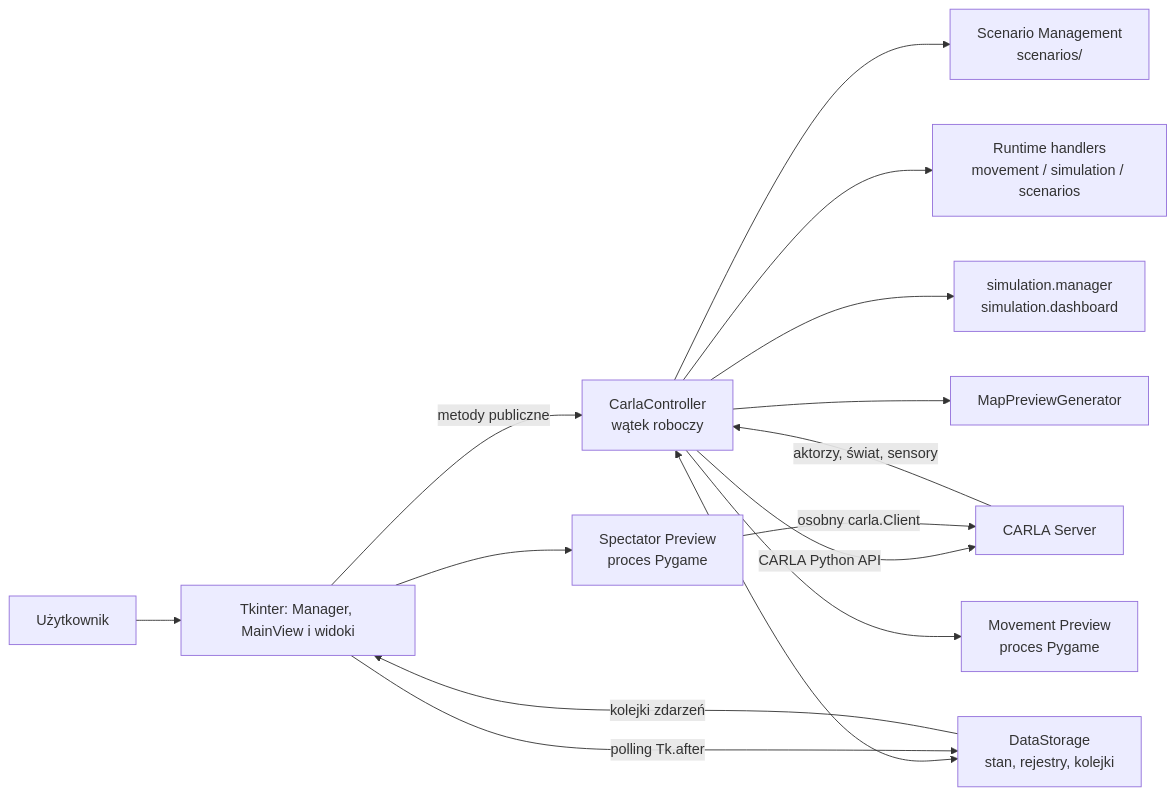
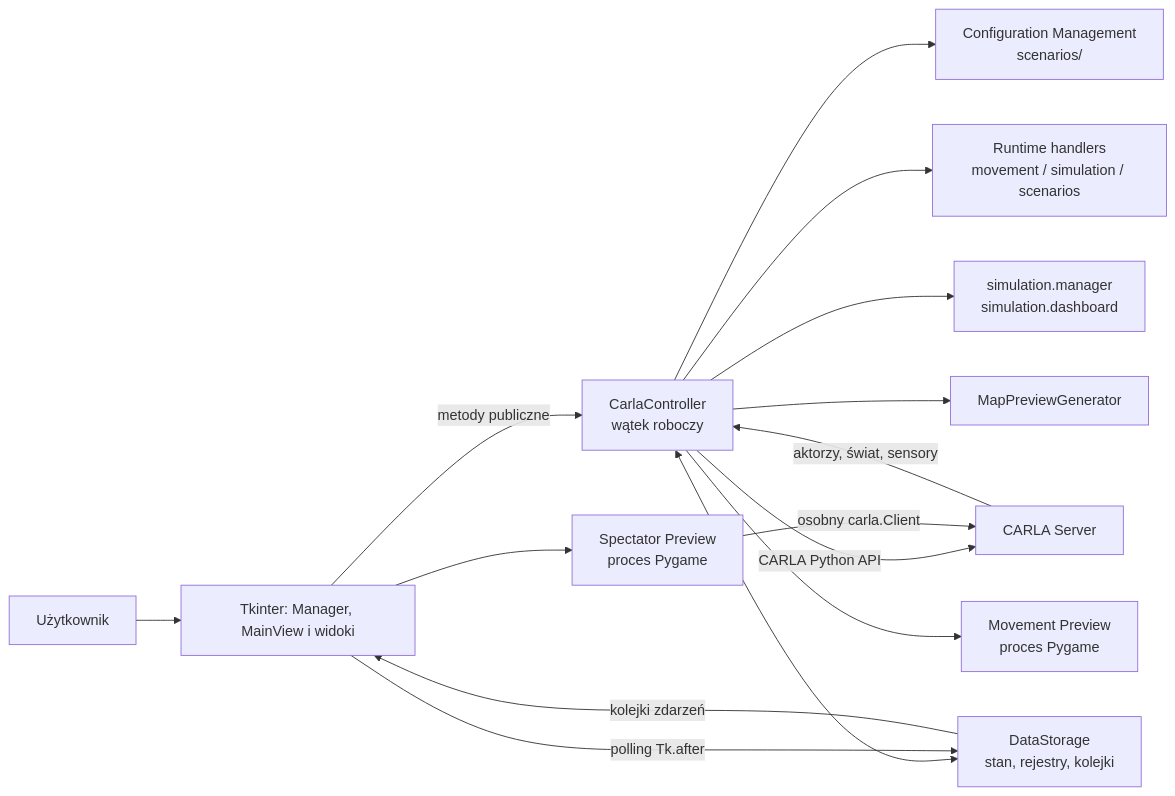
One commit to TMLMarJ/CARLA_SIMULATOR_MANAGER changed the diagram in docs/architecture/OVERVIEW.md. Above: the diagram before and after it, drawn with Mermaid. The commit also changed other lines of this file and 49 other files, not shown here.

````diff
--- a/docs/architecture/OVERVIEW.md
+++ b/docs/architecture/OVERVIEW.md
@@ -46,17 +51,17 @@
 ```mermaid
 flowchart LR
     U[Użytkownik] --> GUI["Tkinter: Manager, MainView i widoki"]
     GUI -->|metody publiczne| CC["CarlaController\nwątek roboczy"]
     CC -->|CARLA Python API| CS[CARLA Server]
     CS -->|aktorzy, świat, sensory| CC
     CC <--> DS["DataStorage\nstan, rejestry, kolejki"]
     DS -->|kolejki zdarzeń| GUI
     GUI -->|polling Tk.after| DS
-    CC --> SM["Scenario Management\nscenarios/"]
+    CC --> SM["Configuration Management\nscenarios/"]
     CC --> RT["Runtime handlers\nmovement / simulation / scenarios"]
     CC --> SIM["simulation.manager\nsimulation.dashboard"]
     CC --> MAP[MapPreviewGenerator]
     CC --> MP["Movement Preview\nproces Pygame"]
     GUI --> SP["Spectator Preview\nproces Pygame"]
     SP -->|osobny carla.Client| CS
 ```
````
